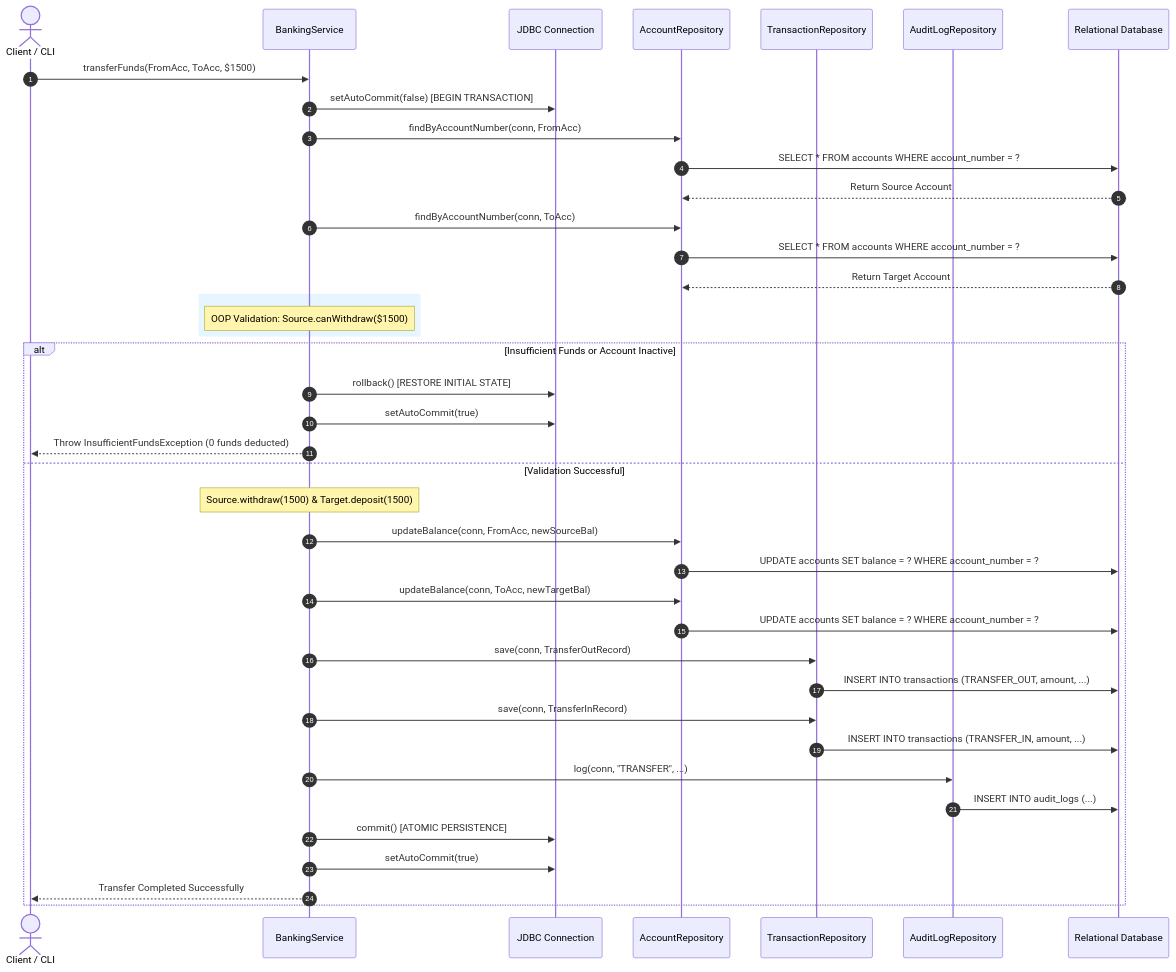
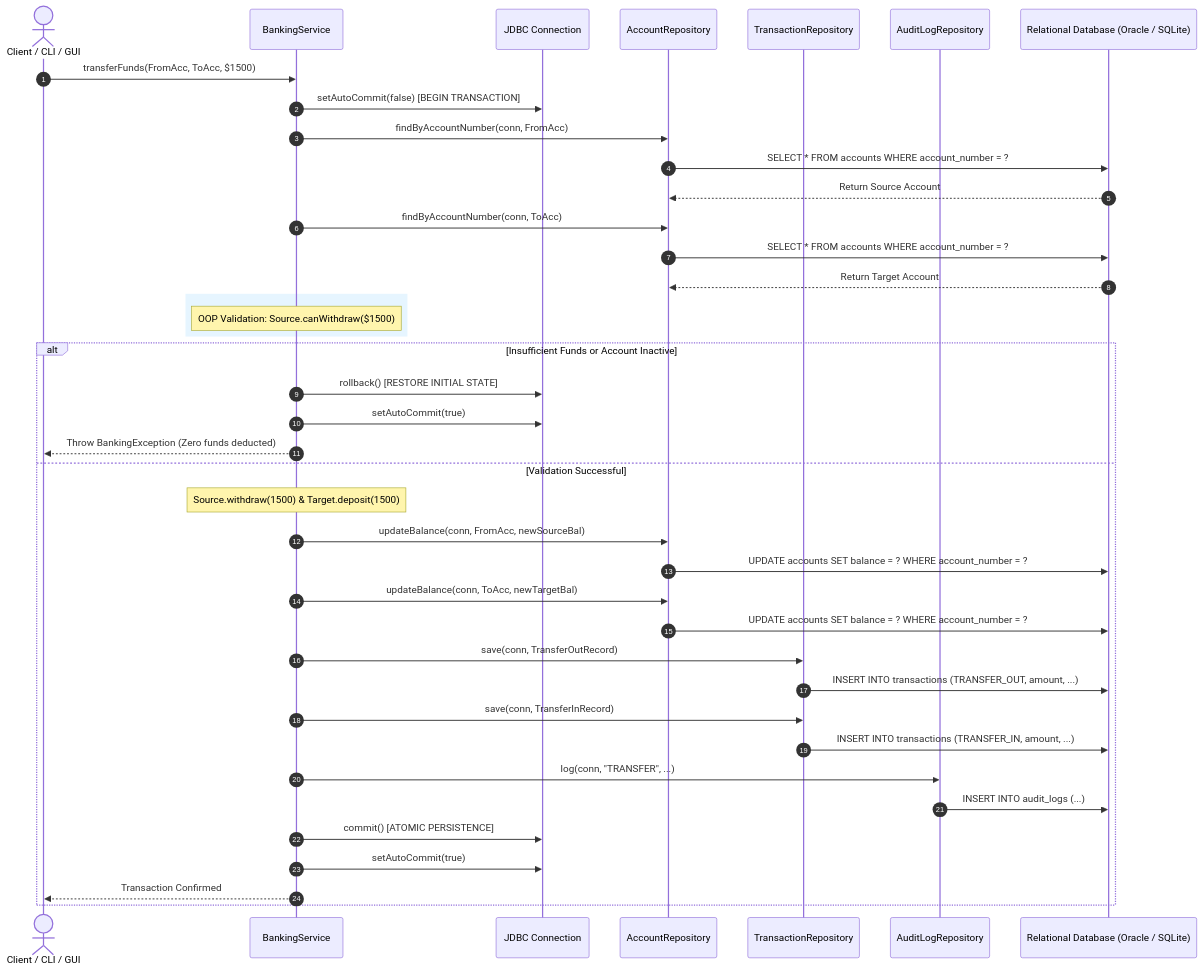
Before and after one commit to SmitroniX/FINCORE-OOP-DBMS-CAPSTONE-BANKING-SYSTEM: the fourth of 5 diagrams in docs/ERD_AND_UML.md, drawn with Mermaid. The commit also changed other lines of this file and 30 other files, not shown here.

````diff
--- a/docs/ERD_AND_UML.md
+++ b/docs/ERD_AND_UML.md
@@ -202,52 +319,52 @@
 ```mermaid
 sequenceDiagram
     autonumber
-    actor User as Client / CLI
+    actor User as Client / CLI / GUI
     participant Service as BankingService
     participant Conn as JDBC Connection
     participant AccRepo as AccountRepository
     participant TxRepo as TransactionRepository
     participant Audit as AuditLogRepository
-    participant DB as Relational Database
+    participant DB as Relational Database (Oracle / SQLite)
 
     User->>Service: transferFunds(FromAcc, ToAcc, $1500)
     Service->>Conn: setAutoCommit(false) [BEGIN TRANSACTION]
     
     Service->>AccRepo: findByAccountNumber(conn, FromAcc)
     AccRepo->>DB: SELECT * FROM accounts WHERE account_number = ?
     DB-->>AccRepo: Return Source Account
     
     Service->>AccRepo: findByAccountNumber(conn, ToAcc)
     AccRepo->>DB: SELECT * FROM accounts WHERE account_number = ?
     DB-->>AccRepo: Return Target Account
     
     rect rgb(230, 245, 255)
         Note over Service: OOP Validation: Source.canWithdraw($1500)
     end
 
     alt Insufficient Funds or Account Inactive
         Service->>Conn: rollback() [RESTORE INITIAL STATE]
         Service->>Conn: setAutoCommit(true)
-        Service-->>User: Throw InsufficientFundsException (0 funds deducted)
+        Service-->>User: Throw BankingException (Zero funds deducted)
     else Validation Successful
         Note over Service: Source.withdraw(1500) & Target.deposit(1500)
         Service->>AccRepo: updateBalance(conn, FromAcc, newSourceBal)
         AccRepo->>DB: UPDATE accounts SET balance = ? WHERE account_number = ?
         
         Service->>AccRepo: updateBalance(conn, ToAcc, newTargetBal)
         AccRepo->>DB: UPDATE accounts SET balance = ? WHERE account_number = ?
         
         Service->>TxRepo: save(conn, TransferOutRecord)
         TxRepo->>DB: INSERT INTO transactions (TRANSFER_OUT, amount, ...)
         
         Service->>TxRepo: save(conn, TransferInRecord)
         TxRepo->>DB: INSERT INTO transactions (TRANSFER_IN, amount, ...)
         
         Service->>Audit: log(conn, "TRANSFER", ...)
         Audit->>DB: INSERT INTO audit_logs (...)
         
         Service->>Conn: commit() [ATOMIC PERSISTENCE]
         Service->>Conn: setAutoCommit(true)
-        Service-->>User: Transfer Completed Successfully
+        Service-->>User: Transaction Confirmed
     end
 ```
````
